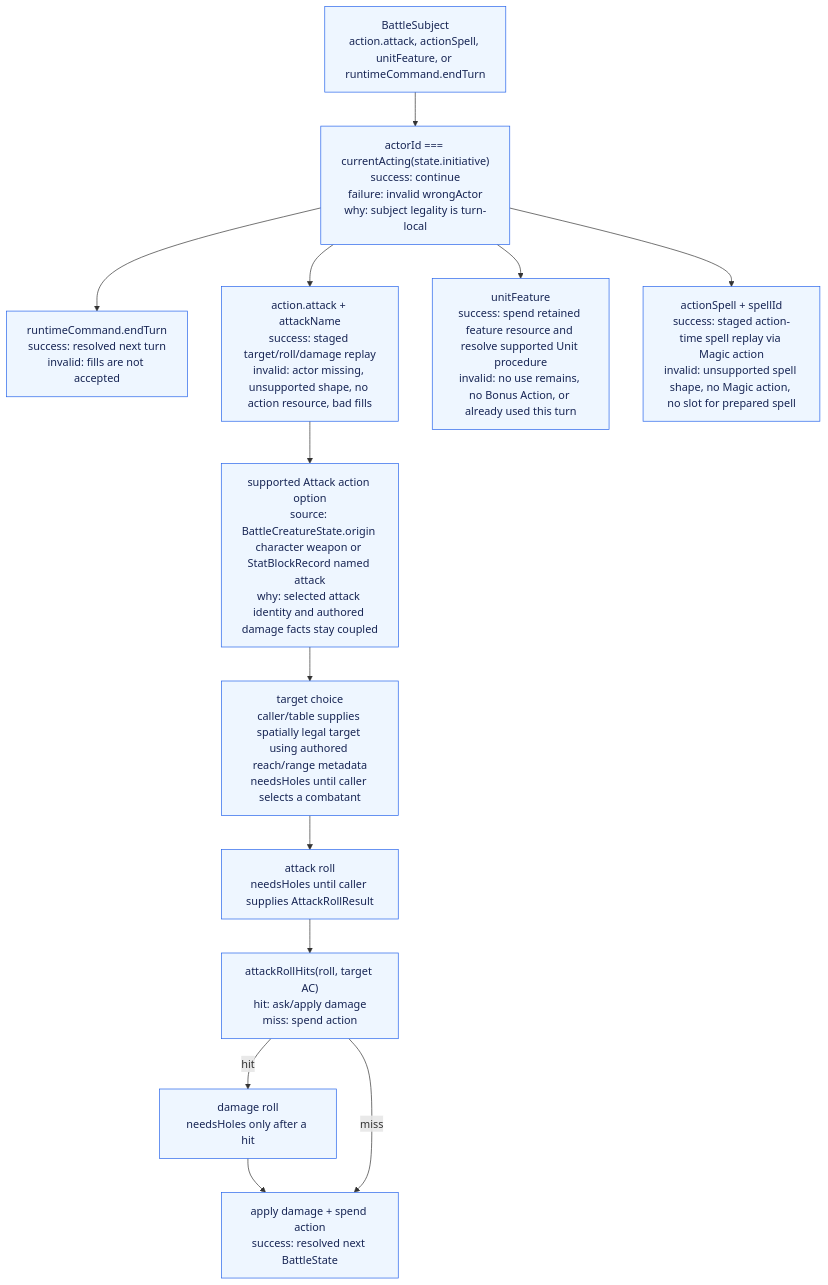
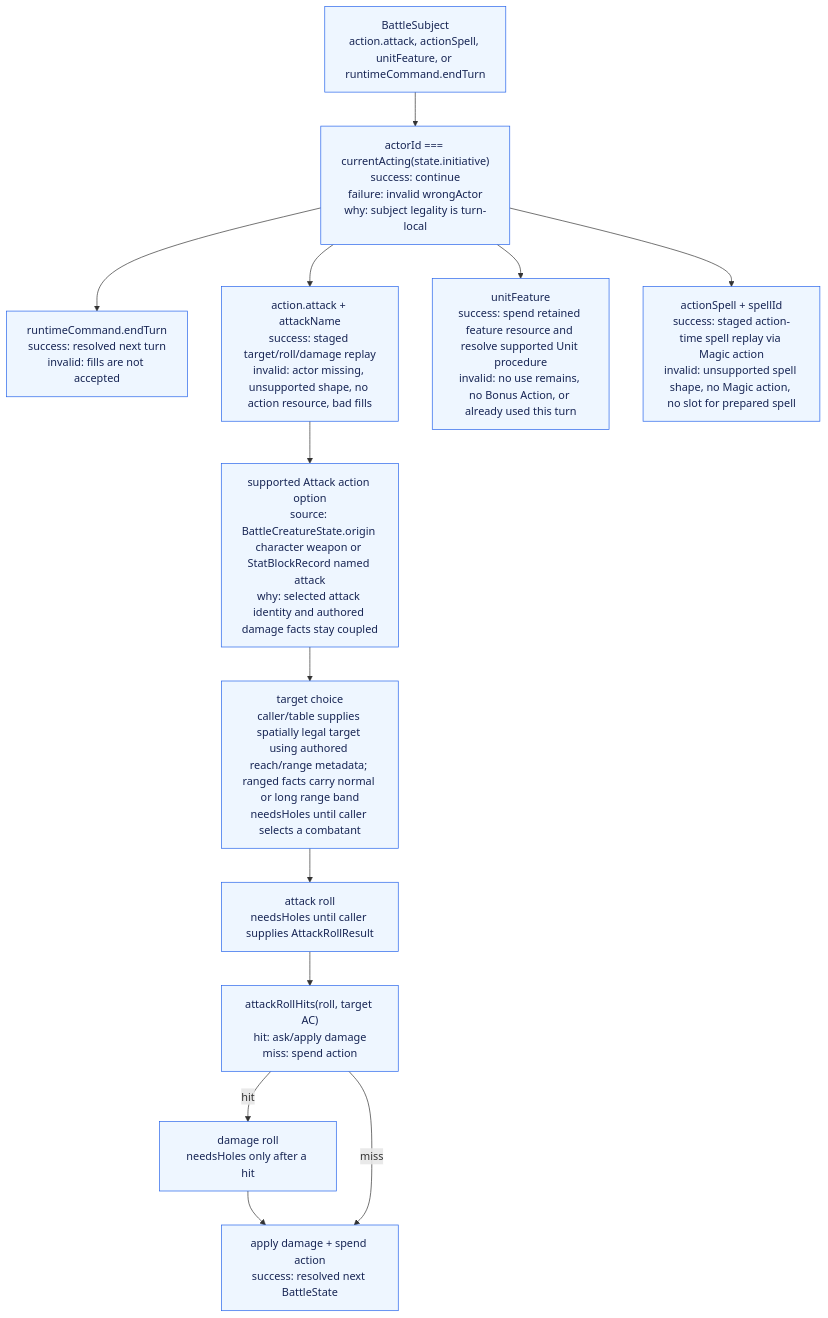
One commit to dearlordylord/5e-quint changed the second of 2 diagrams in packages/battle-runtime/ARCHITECTURE_GRAPH.md. Above: the diagram before and after it, drawn with Mermaid. The commit also changed other lines of this file and 6 other files, not shown here.

Commit message:
Restore long-range attack roll handling

````diff
--- a/packages/battle-runtime/ARCHITECTURE_GRAPH.md
+++ b/packages/battle-runtime/ARCHITECTURE_GRAPH.md
@@ -100,26 +100,26 @@
 ```mermaid
 flowchart TD
   Subject["BattleSubject<br/>action.attack, actionSpell, unitFeature, or runtimeCommand.endTurn"]
   CurrentActor["actorId === currentActing(state.initiative)<br/>success: continue<br/>failure: invalid wrongActor<br/>why: subject legality is turn-local"]
   EndTurn["runtimeCommand.endTurn<br/>success: resolved next turn<br/>invalid: fills are not accepted"]
   Attack["action.attack + attackName<br/>success: staged target/roll/damage replay<br/>invalid: actor missing, unsupported shape, no action resource, bad fills"]
   UnitFeature["unitFeature<br/>success: spend retained feature resource and resolve supported Unit procedure<br/>invalid: no use remains, no Bonus Action, or already used this turn"]
   Magic["actionSpell + spellId<br/>success: staged action-time spell replay via Magic action<br/>invalid: unsupported spell shape, no Magic action, no slot for prepared spell"]
   AttackOption["supported Attack action option<br/>source: BattleCreatureState.origin character weapon or StatBlockRecord named attack<br/>why: selected attack identity and authored damage facts stay coupled"]
-  Target["target choice<br/>caller/table supplies spatially legal target using authored reach/range metadata<br/>needsHoles until caller selects a combatant"]
+  Target["target choice<br/>caller/table supplies spatially legal target using authored reach/range metadata; ranged facts carry normal or long range band<br/>needsHoles until caller selects a combatant"]
   Roll["attack roll<br/>needsHoles until caller supplies AttackRollResult"]
   HitCheck["attackRollHits(roll, target AC)<br/>hit: ask/apply damage<br/>miss: spend action"]
   DamageHole["damage roll<br/>needsHoles only after a hit"]
   Apply["apply damage + spend action<br/>success: resolved next BattleState"]
 
   Subject --> CurrentActor
   CurrentActor --> EndTurn
   CurrentActor --> Attack --> AttackOption --> Target --> Roll --> HitCheck
   CurrentActor --> UnitFeature
   CurrentActor --> Magic
   HitCheck -->|hit| DamageHole --> Apply
   HitCheck -->|miss| Apply
 
   classDef implemented fill:#eef6ff,stroke:#2563eb,color:#172554;
   class Subject,CurrentActor,EndTurn,Attack,UnitFeature,Magic,AttackOption,Target,Roll,HitCheck,DamageHole,Apply implemented;
 ```
````
